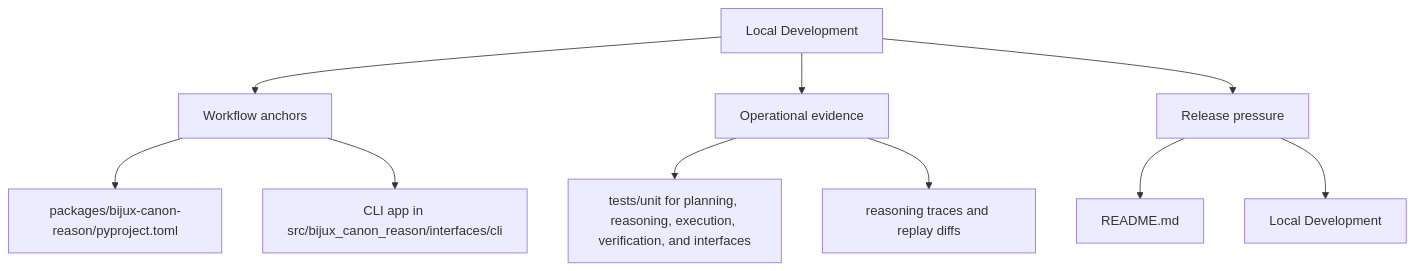
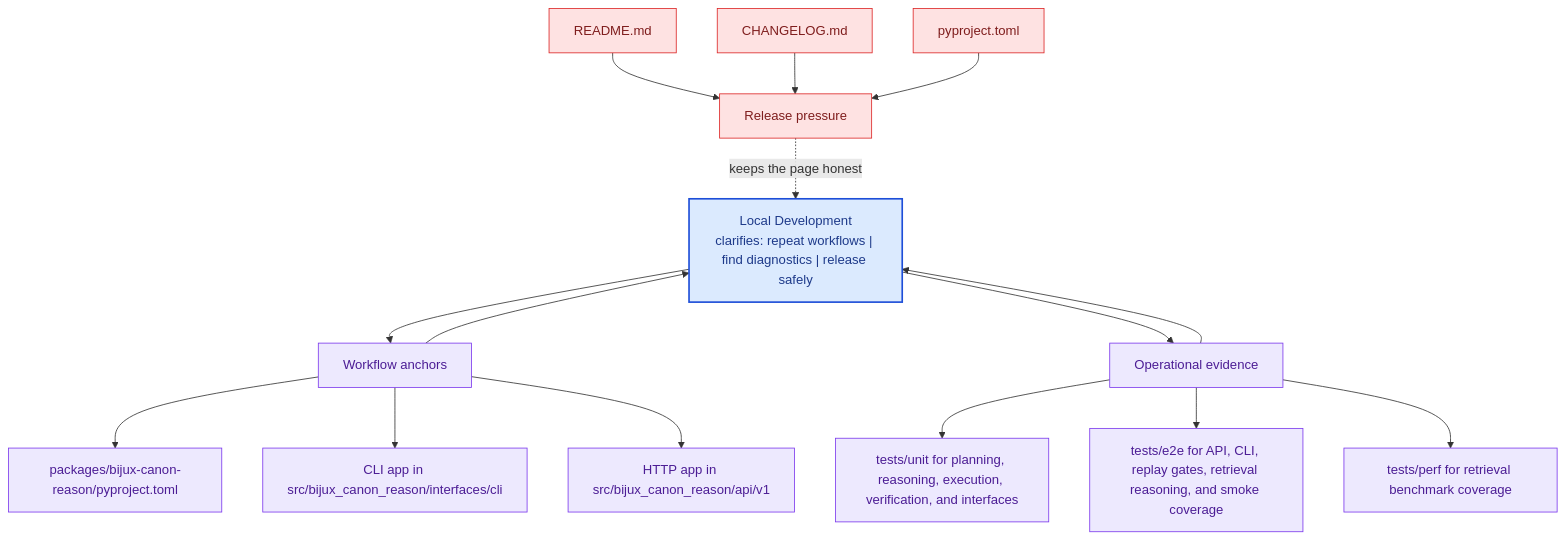
The second of 2 diagrams in docs/bijux-canon-reason/operations/local-development.md (bijux/bijux-canon), drawn with Mermaid before and after one commit. The commit also changed other lines of this file and 281 other files, not shown here.

Commit message:
docs(diagrams): deepen handbook mermaid maps across the catalog

````diff
--- a/docs/bijux-canon-reason/operations/local-development.md
+++ b/docs/bijux-canon-reason/operations/local-development.md
@@ -35,22 +68,41 @@
 ```mermaid
-flowchart TD
-    page["Local Development"]
+flowchart TB
+    promise["Local Development<br/>clarifies: repeat workflows | find diagnostics | release safely"]
+    classDef promise fill:#dbeafe,stroke:#1d4ed8,color:#1e3a8a,stroke-width:2px;
+    classDef driver fill:#dcfce7,stroke:#16a34a,color:#14532d;
+    classDef constraint fill:#fee2e2,stroke:#dc2626,color:#7f1d1d;
+    classDef ground fill:#ede9fe,stroke:#7c3aed,color:#4c1d95;
     focus1["Workflow anchors"]
-    page --> focus1
+    focus1 --> promise
+    promise --> focus1
     focus1_1["packages/bijux-canon-reason/pyproject.toml"]
     focus1 --> focus1_1
     focus1_2["CLI app in src/bijux_canon_reason/interfaces/cli"]
     focus1 --> focus1_2
+    focus1_3["HTTP app in src/bijux_canon_reason/api/v1"]
+    focus1 --> focus1_3
+    class focus1 ground;
+    class focus1_1,focus1_2,focus1_3 ground;
     focus2["Operational evidence"]
-    page --> focus2
+    focus2 --> promise
+    promise --> focus2
     focus2_1["tests/unit for planning, reasoning, execution, verification, and interfaces"]
     focus2 --> focus2_1
-    focus2_2["reasoning traces and replay diffs"]
+    focus2_2["tests/e2e for API, CLI, replay gates, retrieval reasoning, and smoke coverage"]
     focus2 --> focus2_2
+    focus2_3["tests/perf for retrieval benchmark coverage"]
+    focus2 --> focus2_3
+    class focus2 ground;
+    class focus2_1,focus2_2,focus2_3 ground;
     focus3["Release pressure"]
-    page --> focus3
+    focus3 -.keeps the page honest.-> promise
     focus3_1["README.md"]
-    focus3 --> focus3_1
-    focus3_2["Local Development"]
-    focus3 --> focus3_2
+    focus3_1 --> focus3
+    focus3_2["CHANGELOG.md"]
+    focus3_2 --> focus3
+    focus3_3["pyproject.toml"]
+    focus3_3 --> focus3
+    class focus3 constraint;
+    class focus3_1,focus3_2,focus3_3 constraint;
+    class promise promise;
 ```
````
